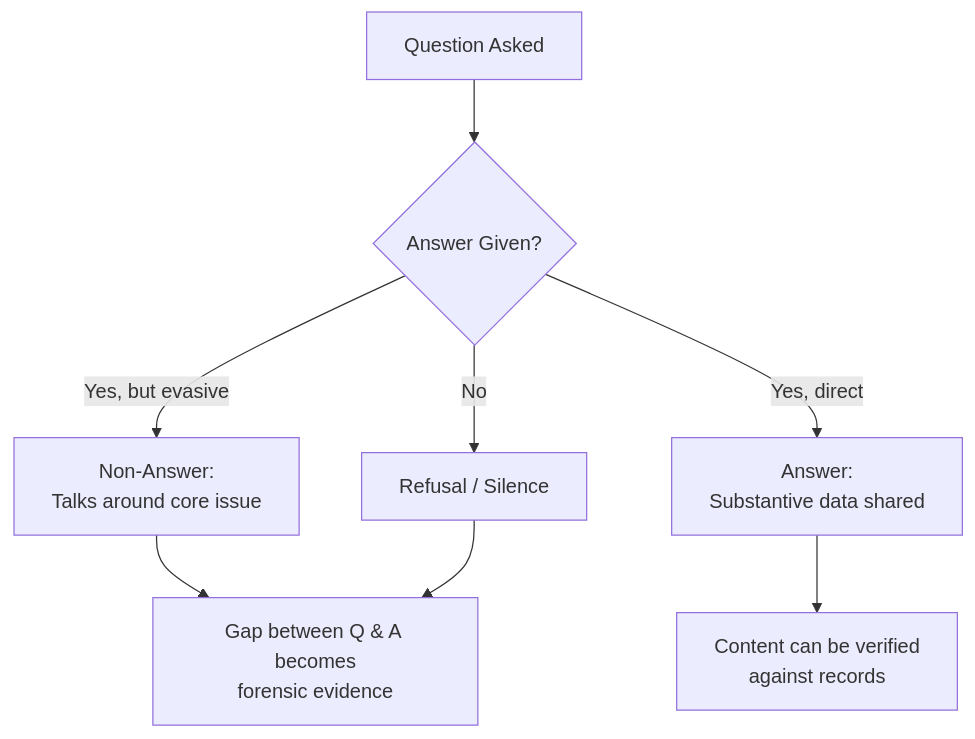
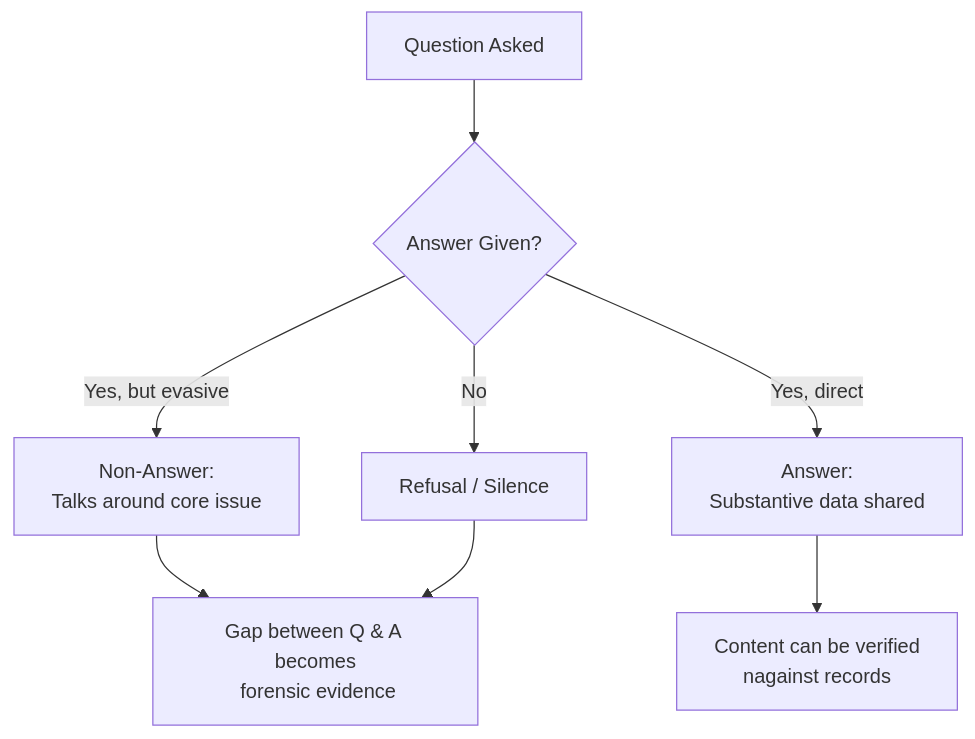
The diagram in Disruption_Kit/Big_Picture_Protocols/🌀_System_Governance/📚_forensic_silence.md (josefsbreakfast/Polaris-Protocol), drawn with Mermaid before and after one commit. The commit also changed other lines of this file, not shown here.

````diff
--- a/Disruption_Kit/Big_Picture_Protocols/🌀_System_Governance/📚_forensic_silence.md
+++ b/Disruption_Kit/Big_Picture_Protocols/🌀_System_Governance/📚_forensic_silence.md
@@ -67,10 +67,10 @@
 ```mermaid
 flowchart TD
     A[Question Asked] --> B{Answer Given?}
-    B -->|Yes, but evasive| C[Non-Answer:\nTalks around core issue]
-    B -->|Yes, direct| D[Answer:\nSubstantive data shared]
+    B -->|Yes, but evasive| C[Non-Answer:<br> Talks around core issue]
+    B -->|Yes, direct| D[Answer:<br> Substantive data shared]
     B -->|No| E[Refusal / Silence]
-    C --> F[Gap between Q & A becomes\nforensic evidence]
+    C --> F[Gap between Q & A becomes<br> forensic evidence]
     E --> F
-    D --> G[Content can be verified\nagainst records]
+    D --> G[Content can be verified<br> nagainst records]
 ```
````
